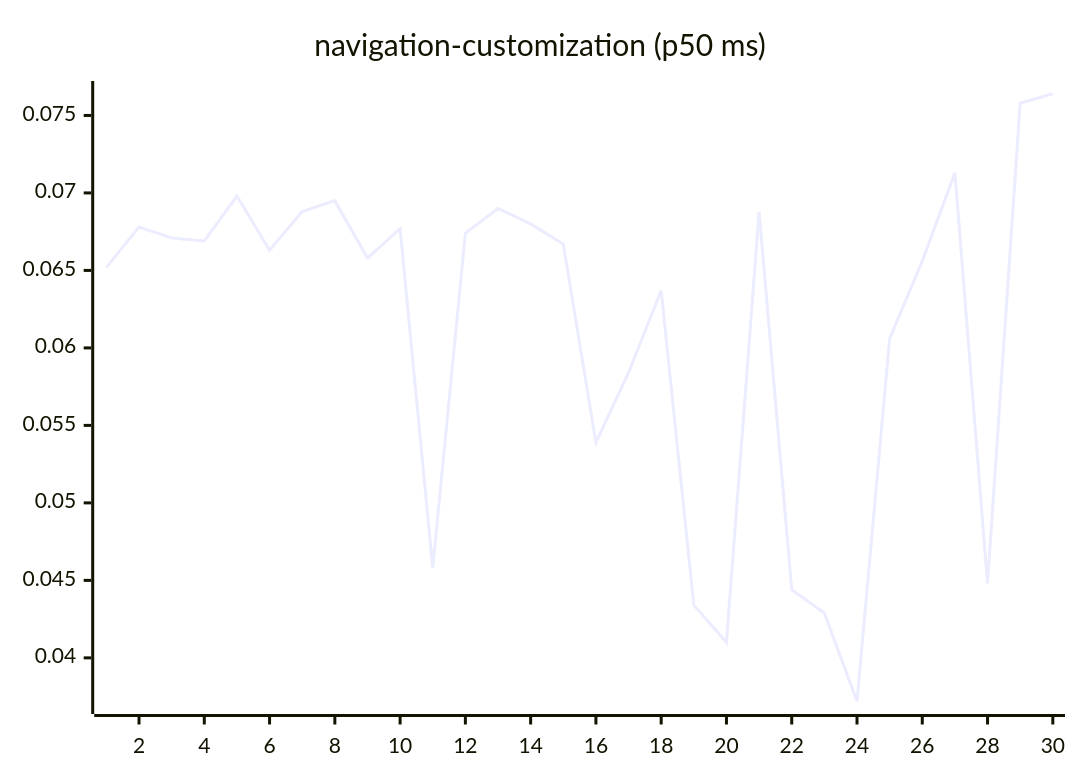
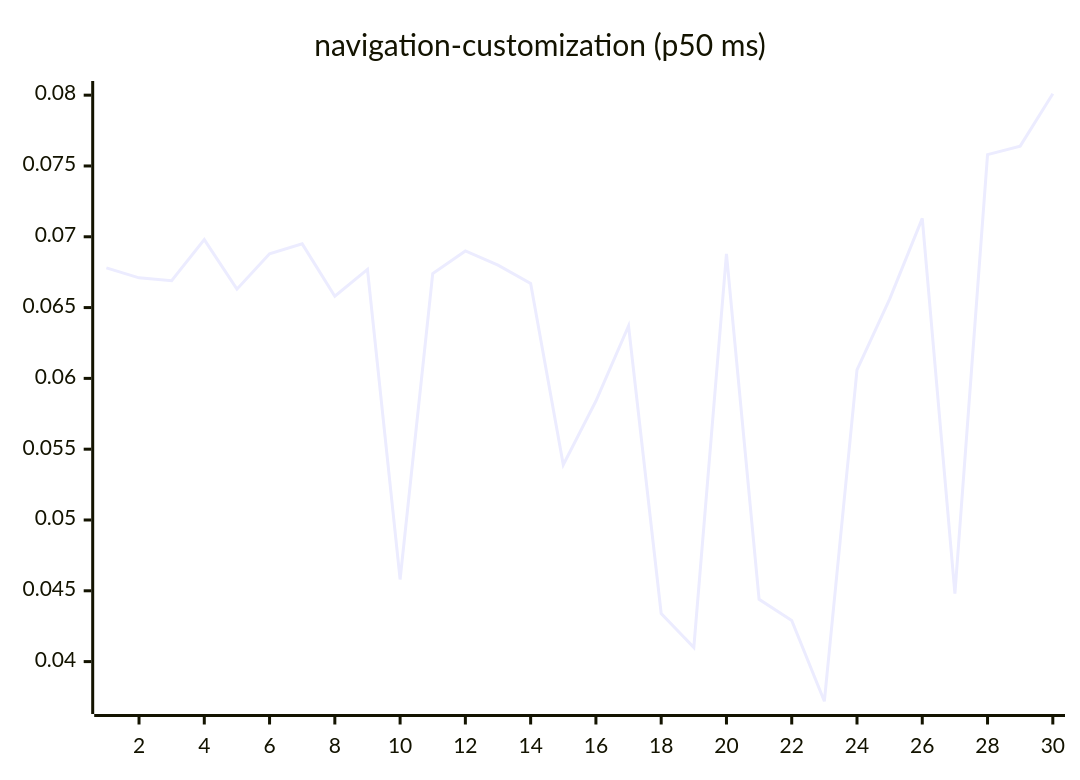
Before and after one commit to josha/Facet: diagram 15 of 27 in README.md, drawn with Mermaid. The commit also changed other lines of this file and 2 other files, not shown here.

````diff
--- a/README.md
+++ b/README.md
@@ -161,6 +161,6 @@
 ```mermaid
 xychart-beta
     title "navigation-customization (p50 ms)"
     x-axis 1 --> 30
-    line [0.0652, 0.0678, 0.0671, 0.0669, 0.0698, 0.0663, 0.0688, 0.0695, 0.0658, 0.0677, 0.0458, 0.0674, 0.0690, 0.0680, 0.0667, 0.0539, 0.0584, 0.0637, 0.0434, 0.0410, 0.0688, 0.0444, 0.0429, 0.0372, 0.0606, 0.0656, 0.0713, 0.0448, 0.0758, 0.0764]
+    line [0.0678, 0.0671, 0.0669, 0.0698, 0.0663, 0.0688, 0.0695, 0.0658, 0.0677, 0.0458, 0.0674, 0.0690, 0.0680, 0.0667, 0.0539, 0.0584, 0.0637, 0.0434, 0.0410, 0.0688, 0.0444, 0.0429, 0.0372, 0.0606, 0.0656, 0.0713, 0.0448, 0.0758, 0.0764, 0.0801]
 ```
````
